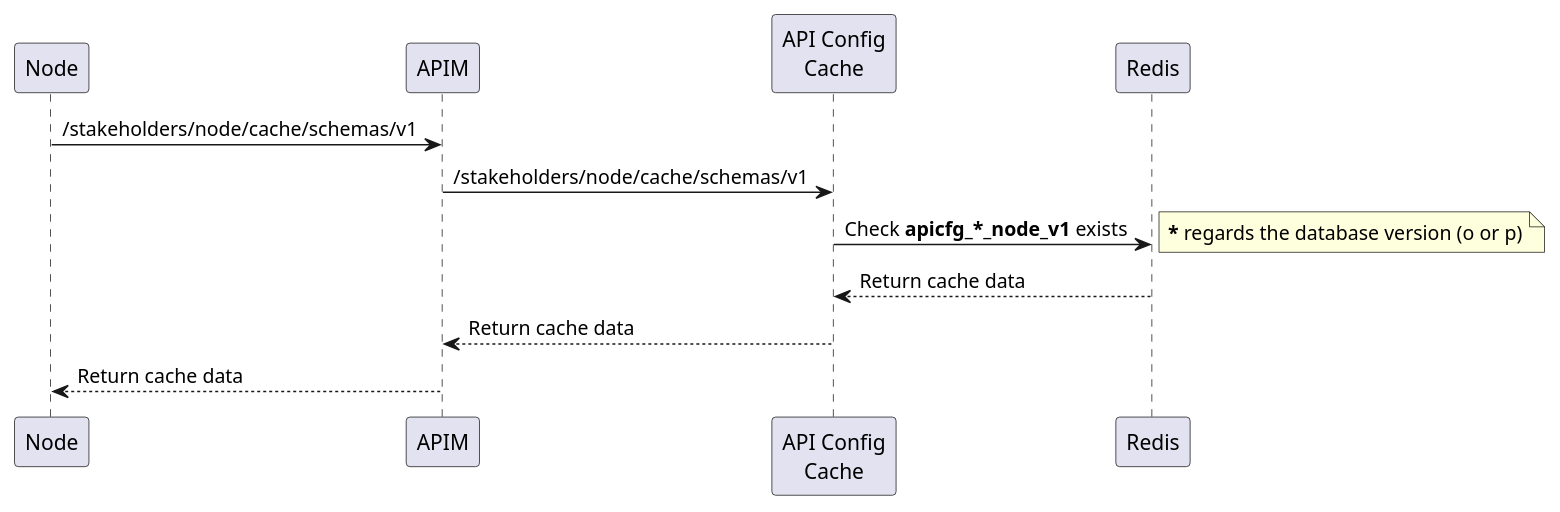
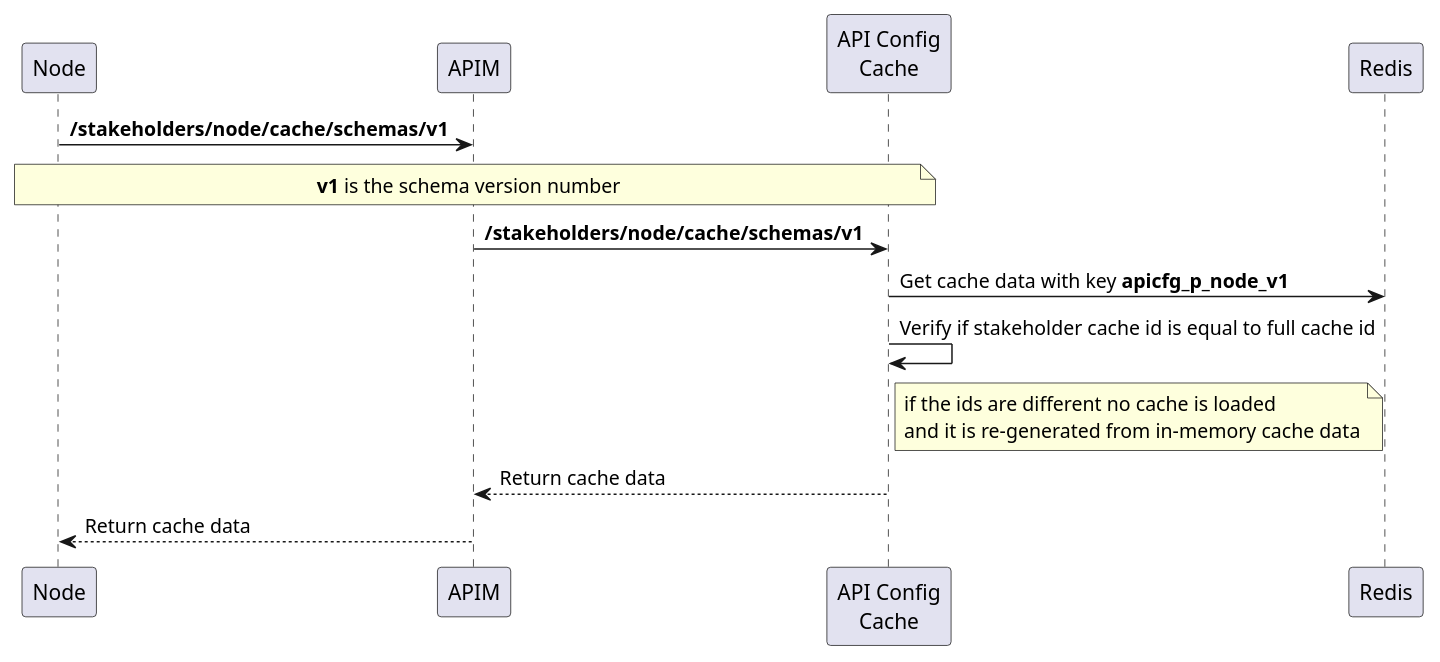
The diagram in docs/node/scenario_02.puml (pagopa/pagopa-api-config-cache), drawn with PlantUML before and after one commit. The commit also changed other lines of this file and 9 other files, not shown here.

```diff
--- a/docs/node/scenario_02.puml
+++ b/docs/node/scenario_02.puml
@@ -5,14 +6,29 @@
 @startuml
 participant Node
 participant APIM
 participant "API Config\nCache" as Cache
+/'
 Node -> APIM: /stakeholders/node/cache/schemas/v1
 APIM -> Cache: /stakeholders/node/cache/schemas/v1
 Cache -> Redis: Check <b>apicfg_*_node_v1</b> exists
 note right
   <b>*</b> regards the database version (o or p)
 end note
 Redis --> Cache: Return cache data
 Cache --> APIM: Return cache data
 APIM --> Node: Return cache data
+'/
+Node -> APIM: <b>/stakeholders/node/cache/schemas/v1</b>
+note over Node, Cache
+  <b>v1</b> is the schema version number
+end note
+APIM -> Cache: <b>/stakeholders/node/cache/schemas/v1
+Cache -> Redis: Get cache data with key <b>apicfg_p_node_v1</b>
+Cache -> Cache: Verify if stakeholder cache id is equal to full cache id
+note right Cache
+  if the ids are different no cache is loaded
+  and it is re-generated from in-memory cache data
+end note
+Cache --> APIM: Return cache data
+APIM --> Node: Return cache data
 @enduml
```
